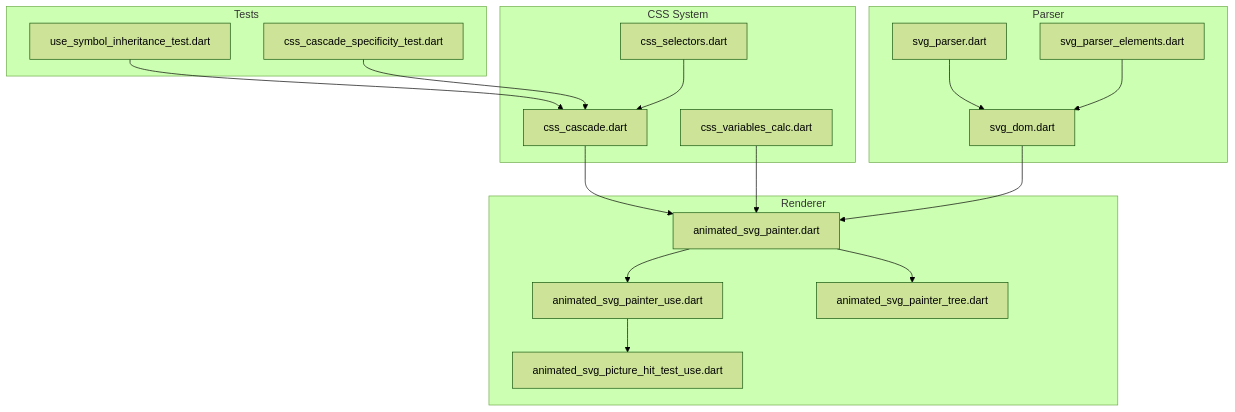
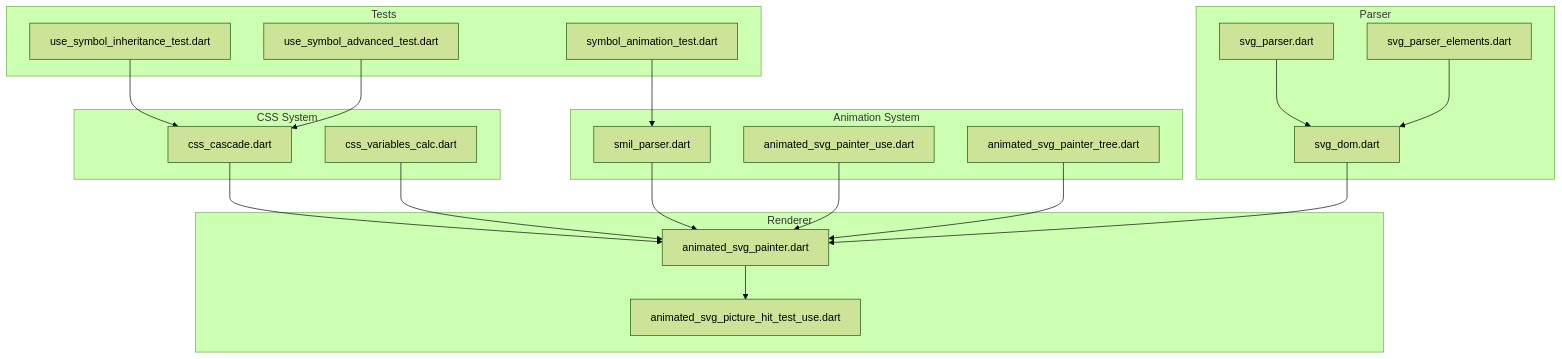
Before and after one commit to denisnadey/flutter_full_svg_support: the first of 10 diagrams in .qoder/repowiki/en/content/Advanced Features/Use Element Symbol Inheritance.md, drawn with Mermaid (forest theme). The commit also changed other lines of this file and 20 other files, not shown here.

````diff
--- a/.qoder/repowiki/en/content/Advanced Features/Use Element Symbol Inheritance.md
+++ b/.qoder/repowiki/en/content/Advanced Features/Use Element Symbol Inheritance.md
@@ -53,34 +58,38 @@
 ```mermaid
 graph TB
 subgraph "Tests"
 T1["use_symbol_inheritance_test.dart"]
-T2["css_cascade_specificity_test.dart"]
+T2["symbol_animation_test.dart"]
+T3["use_symbol_advanced_test.dart"]
 end
 subgraph "CSS System"
 C1["css_cascade.dart"]
-C2["css_selectors.dart"]
-C3["css_variables_calc.dart"]
+C2["css_variables_calc.dart"]
+end
+subgraph "Animation System"
+A1["smil_parser.dart"]
+A2["animated_svg_painter_use.dart"]
+A3["animated_svg_painter_tree.dart"]
 end
 subgraph "Parser"
 P1["svg_parser.dart"]
 P2["svg_parser_elements.dart"]
 D1["svg_dom.dart"]
 end
 subgraph "Renderer"
 R1["animated_svg_painter.dart"]
-R2["animated_svg_painter_use.dart"]
-R3["animated_svg_painter_tree.dart"]
 H1["animated_svg_picture_hit_test_use.dart"]
 end
 T1 --> C1
-T2 --> C1
+T2 --> A1
+T3 --> C1
 C1 --> R1
-C2 --> C1
-C3 --> R1
+C2 --> R1
+A1 --> R1
+A2 --> R1
+A3 --> R1
 P1 --> D1
 P2 --> D1
 D1 --> R1
-R1 --> R2
-R1 --> R3
-R2 --> H1
+R1 --> H1
 ```
````
